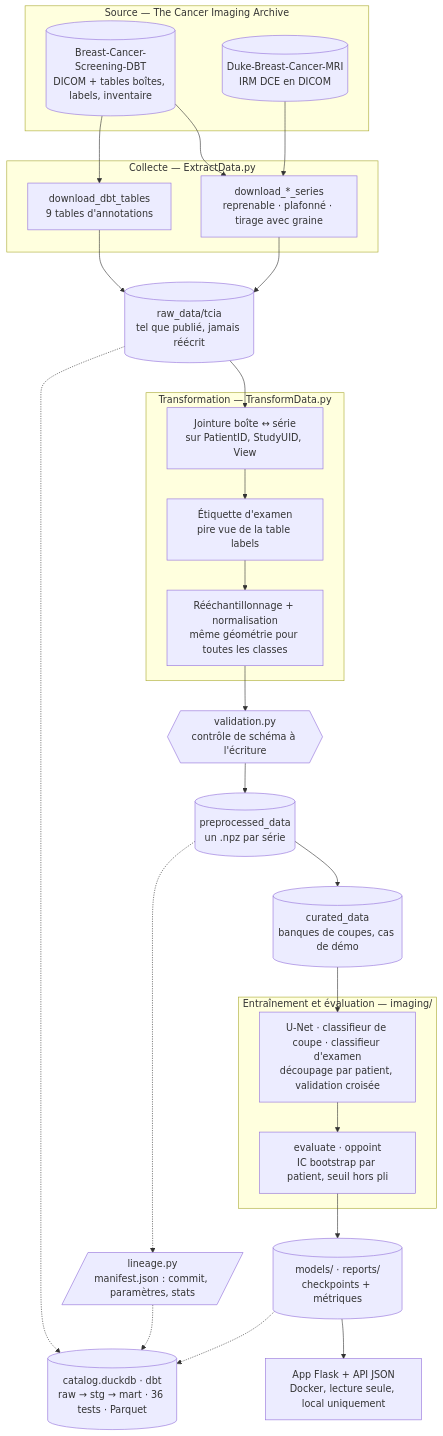
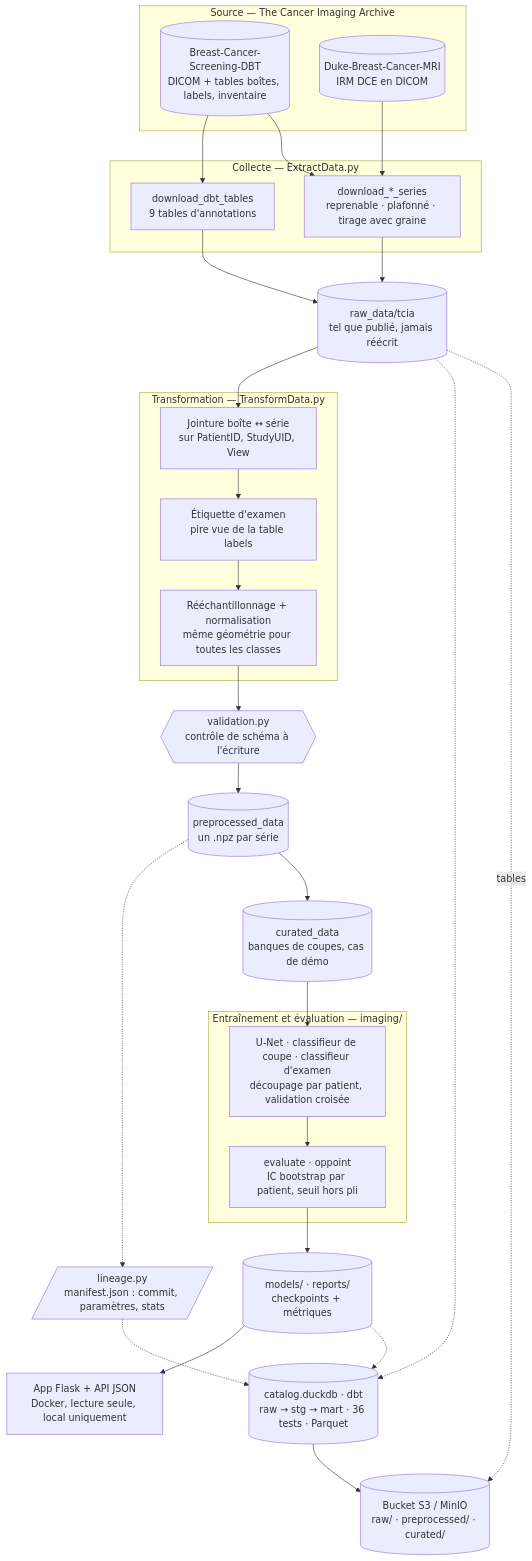
Before and after one commit to Elias-Ouafi/breastcancer: the diagram in README.md, drawn with Mermaid. The commit also changed other lines of this file and 11 other files, not shown here.

````diff
--- a/README.md
+++ b/README.md
@@ -65,48 +67,51 @@
 ```mermaid
 flowchart TB
     subgraph SRC["Source — The Cancer Imaging Archive"]
         DBT[("Breast-Cancer-Screening-DBT<br/>DICOM + tables boîtes, labels, inventaire")]
         MRI[("Duke-Breast-Cancer-MRI<br/>IRM DCE en DICOM")]
     end
 
     subgraph EXTRACT["Collecte — ExtractData.py"]
         TABLES["download_dbt_tables<br/>9 tables d'annotations"]
         SERIES["download_*_series<br/>reprenable · plafonné · tirage avec graine"]
     end
 
     RAW[("raw_data/tcia<br/>tel que publié, jamais réécrit")]
 
     subgraph TRANSFORM["Transformation — TransformData.py"]
         JOIN["Jointure boîte ↔ série<br/>sur PatientID, StudyUID, View"]
         LABEL["Étiquette d'examen<br/>pire vue de la table labels"]
         GEOM["Rééchantillonnage + normalisation<br/>même géométrie pour toutes les classes"]
     end
 
     VALID{{"validation.py<br/>contrôle de schéma à l'écriture"}}
     LINEAGE[/"lineage.py<br/>manifest.json : commit, paramètres, stats"/]
     PRE[("preprocessed_data<br/>un .npz par série")]
     CUR[("curated_data<br/>banques de coupes, cas de démo")]
 
     subgraph ML["Entraînement et évaluation — imaging/"]
         TRAIN["U-Net · classifieur de coupe · classifieur d'examen<br/>découpage par patient, validation croisée"]
         EVAL["evaluate · oppoint<br/>IC bootstrap par patient, seuil hors pli"]
     end
 
     ART[("models/ · reports/<br/>checkpoints + métriques")]
     APP["App Flask + API JSON<br/>Docker, lecture seule, local uniquement"]
     CAT[("catalog.duckdb · dbt<br/>raw → stg → mart · 36 tests · Parquet")]
+    S3[("Bucket S3 / MinIO<br/>raw/ · preprocessed/ · curated/")]
 
     DBT --> TABLES
     DBT --> SERIES
     MRI --> SERIES
     TABLES --> RAW
     SERIES --> RAW
     RAW --> JOIN --> LABEL --> GEOM
     GEOM --> VALID --> PRE
     PRE -.-> LINEAGE
     PRE --> CUR --> TRAIN --> EVAL --> ART
     ART --> APP
     RAW -.-> CAT
     LINEAGE -.-> CAT
     ART -.-> CAT
+    CAT --> S3
+    RAW -.->|tables| S3
 ```
````
